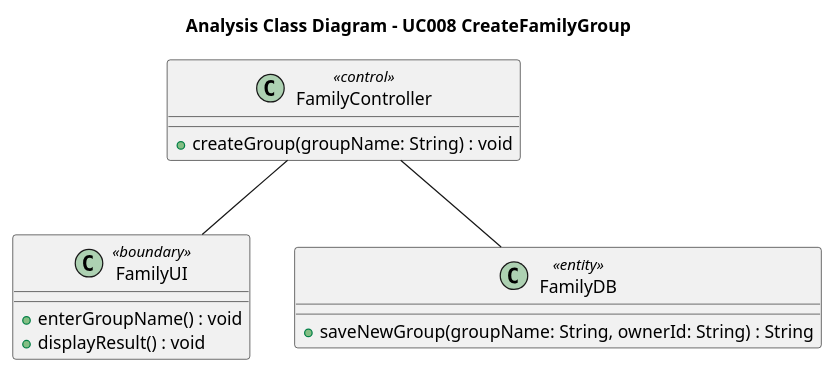
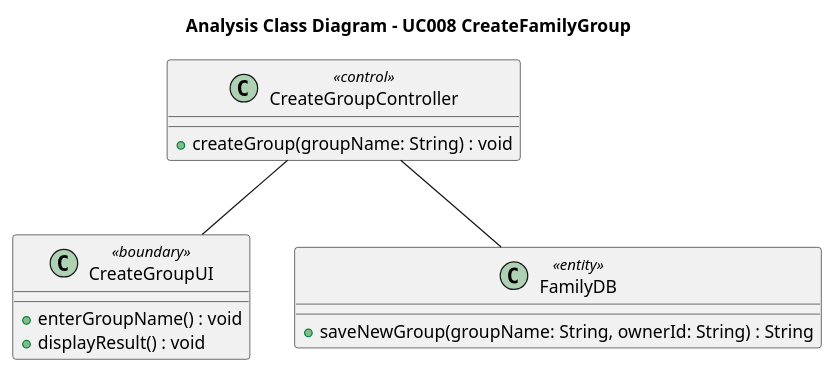
The diagram in diagrams/Module_2_FamilyGroup/UC008_Tạo_nhóm_gia_đình_Analysis.puml (Alt2210/NaviMart), drawn with PlantUML before and after one commit. The commit also changed 113 other files, not shown here.

```diff
--- a/diagrams/Module_2_FamilyGroup/UC008_Tạo_nhóm_gia_đình_Analysis.puml
+++ b/diagrams/Module_2_FamilyGroup/UC008_Tạo_nhóm_gia_đình_Analysis.puml
@@ -1,17 +1,17 @@
 @startuml
 title Analysis Class Diagram - UC008 CreateFamilyGroup
 
-class "FamilyUI" as UI <<boundary>> {
+class "CreateGroupUI" as UI <<boundary>> {
   + enterGroupName() : void
   + displayResult() : void
 }
-class "FamilyController" as Controller <<control>> {
+class "CreateGroupController" as Controller <<control>> {
   + createGroup(groupName: String) : void
 }
 class "FamilyDB" as Entity <<entity>> {
   + saveNewGroup(groupName: String, ownerId: String) : String
 }
 
 Controller -- UI
 Controller -- Entity
 @enduml
```
